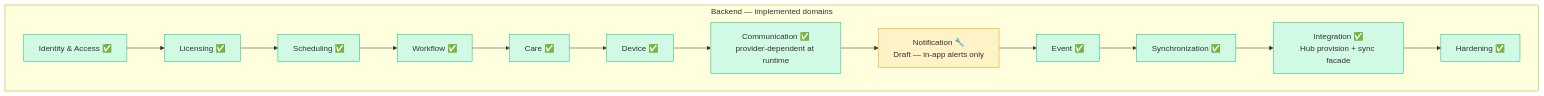
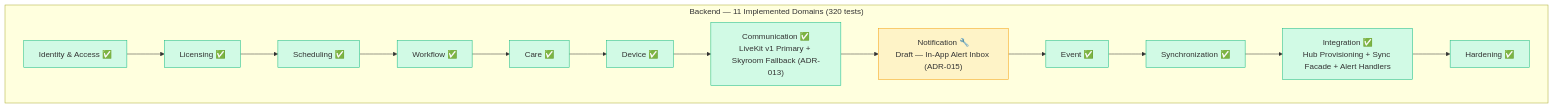
One commit to Aurliano/yara-care-os changed the third of 11 diagrams in docs/progress-flowchart.md. Above: the diagram before and after it, drawn with Mermaid. The commit also changed other lines of this file and 75 other files, not shown here.

````diff
--- a/docs/progress-flowchart.md
+++ b/docs/progress-flowchart.md
@@ -186,32 +183,32 @@
 ```mermaid
 flowchart TD
-    subgraph BackendDomains["Backend — implemented domains"]
+    subgraph BackendDomains["Backend — 11 Implemented Domains (320 tests)"]
         IA["Identity & Access ✅"]
         LIC["Licensing ✅"]
         SCH["Scheduling ✅"]
         WFL["Workflow ✅"]
         CARE["Care ✅"]
         DEV["Device ✅"]
-        COM["Communication ✅<br/>provider-dependent at runtime"]
-        NOT["Notification 🔧<br/>Draft — in-app alerts only"]
+        COM["Communication ✅<br/>LiveKit v1 Primary + Skyroom Fallback (ADR-013)"]
+        NOT["Notification 🔧<br/>Draft — In-App Alert Inbox (ADR-015)"]
         EVT["Event ✅"]
         SYNC["Synchronization ✅"]
-        INT["Integration ✅<br/>Hub provision + sync facade"]
+        INT["Integration ✅<br/>Hub Provisioning + Sync Facade + Alert Handlers"]
         HARD["Hardening ✅"]
     end
 
     IA --> LIC --> SCH --> WFL --> CARE --> DEV --> COM --> NOT --> EVT --> SYNC --> INT --> HARD
 
     style IA fill:#d1fae5,stroke:#10b981
     style LIC fill:#d1fae5,stroke:#10b981
     style SCH fill:#d1fae5,stroke:#10b981
     style WFL fill:#d1fae5,stroke:#10b981
     style CARE fill:#d1fae5,stroke:#10b981
     style DEV fill:#d1fae5,stroke:#10b981
     style COM fill:#d1fae5,stroke:#10b981
     style NOT fill:#fef3c7,stroke:#f59e0b
     style EVT fill:#d1fae5,stroke:#10b981
     style SYNC fill:#d1fae5,stroke:#10b981
     style INT fill:#d1fae5,stroke:#10b981
     style HARD fill:#d1fae5,stroke:#10b981
 ```
````
